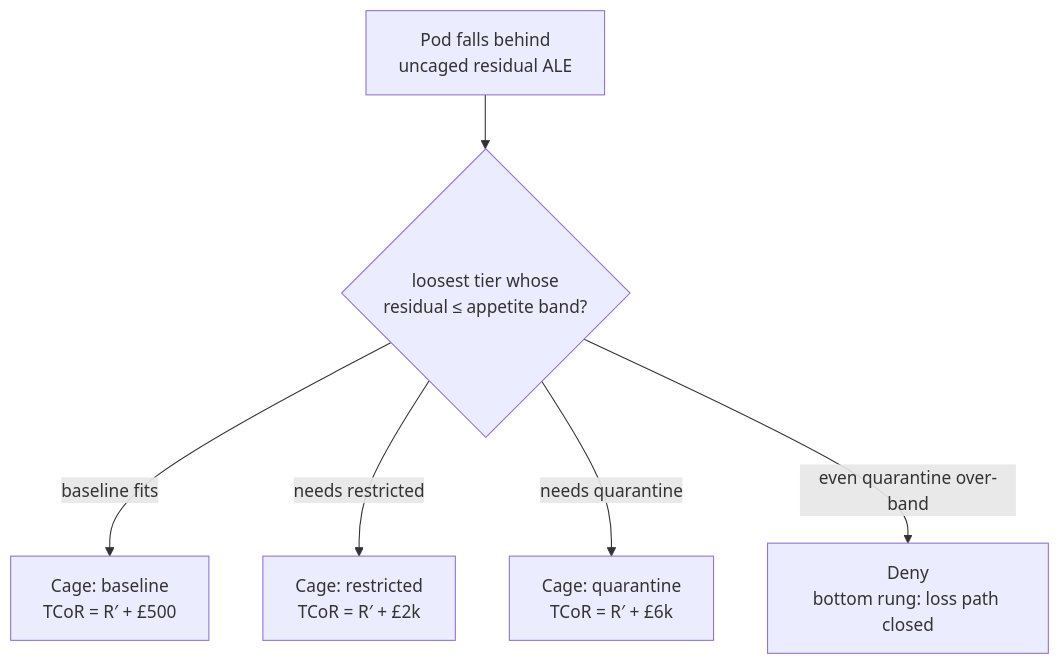
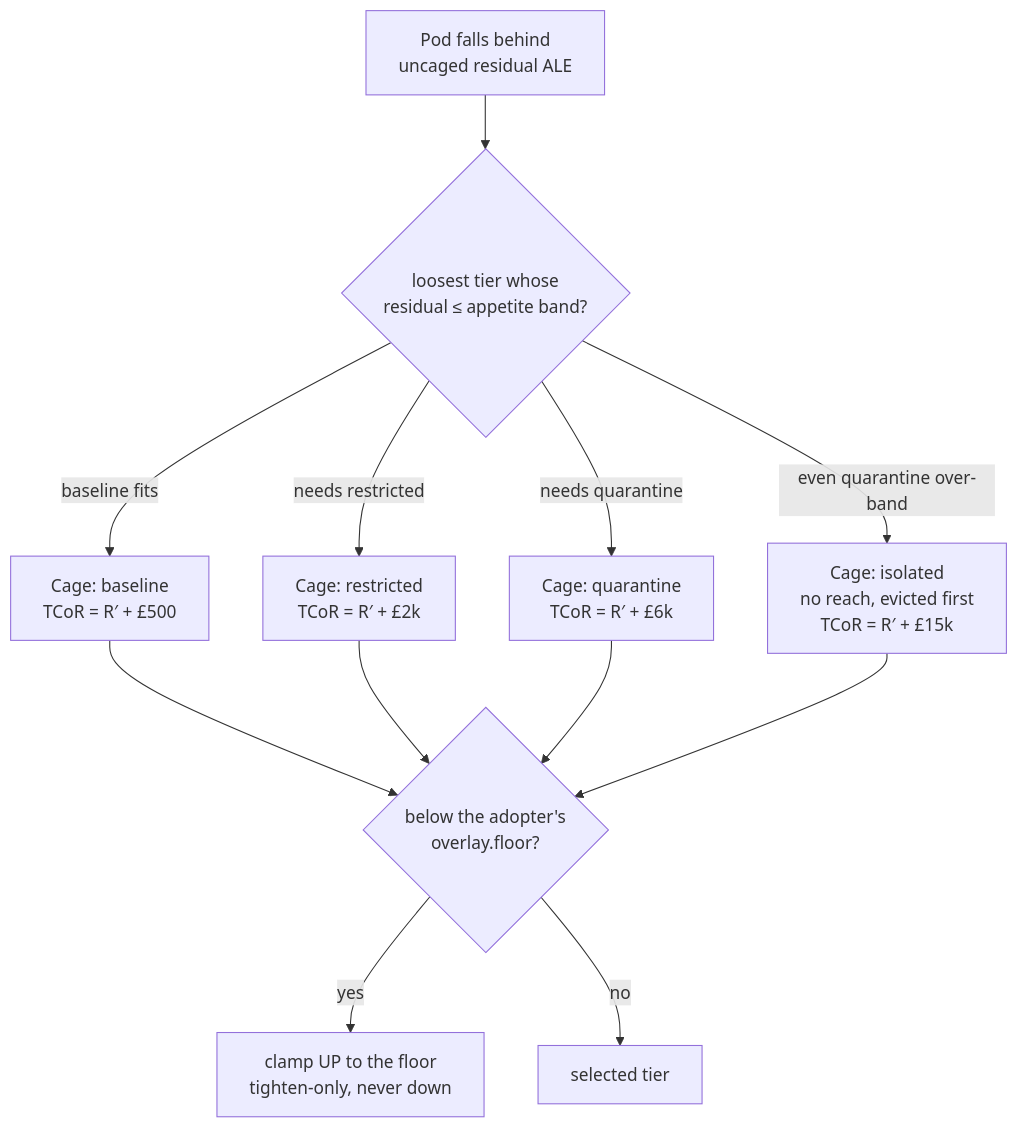
Before and after one commit to policy-as-versioned-platform/platform: the first of 2 diagrams in graded/README.md, drawn with Mermaid. The commit also changed other lines of this file and 20 other files, not shown here.

First line of the commit message:
ecosystem ticket 25: signed per-party appetite, fx-aware fair, and forward-intel schema

````diff
--- a/graded/README.md
+++ b/graded/README.md
@@ -39,8 +56,14 @@
 ```mermaid
 flowchart TD
   B[Pod falls behind<br/>uncaged residual ALE] --> S{loosest tier whose<br/>residual ≤ appetite band?}
   S -->|baseline fits| C1[Cage: baseline<br/>TCoR = R′ + £500]
   S -->|needs restricted| C2[Cage: restricted<br/>TCoR = R′ + £2k]
   S -->|needs quarantine| C3[Cage: quarantine<br/>TCoR = R′ + £6k]
-  S -->|even quarantine over-band| D[Deny<br/>bottom rung: loss path closed]
+  S -->|even quarantine over-band| D[Cage: isolated<br/>no reach, evicted first<br/>TCoR = R′ + £15k]
+  C1 --> F{below the adopter's<br/>overlay.floor?}
+  C2 --> F
+  C3 --> F
+  D --> F
+  F -->|yes| G[clamp UP to the floor<br/>tighten-only, never down]
+  F -->|no| H[selected tier]
 ```
````
